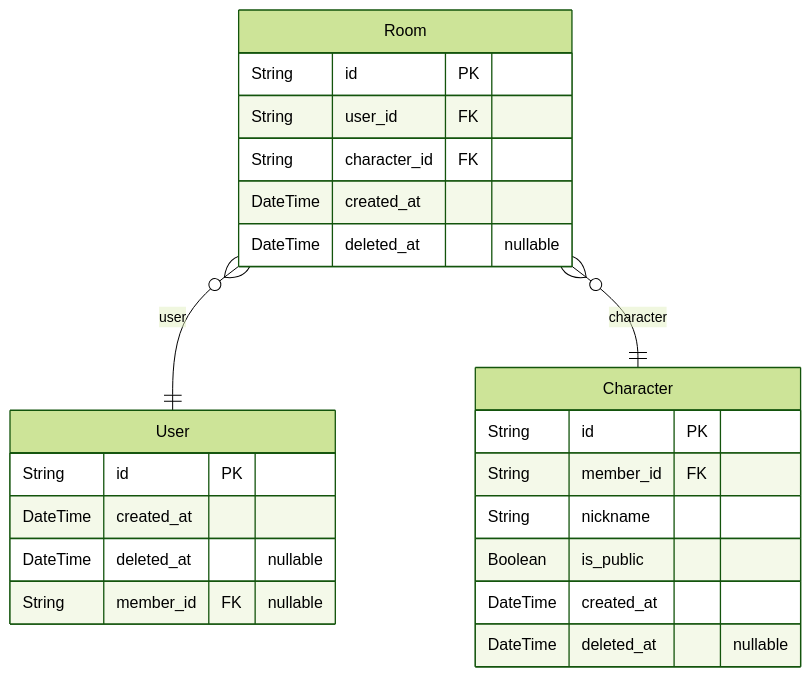
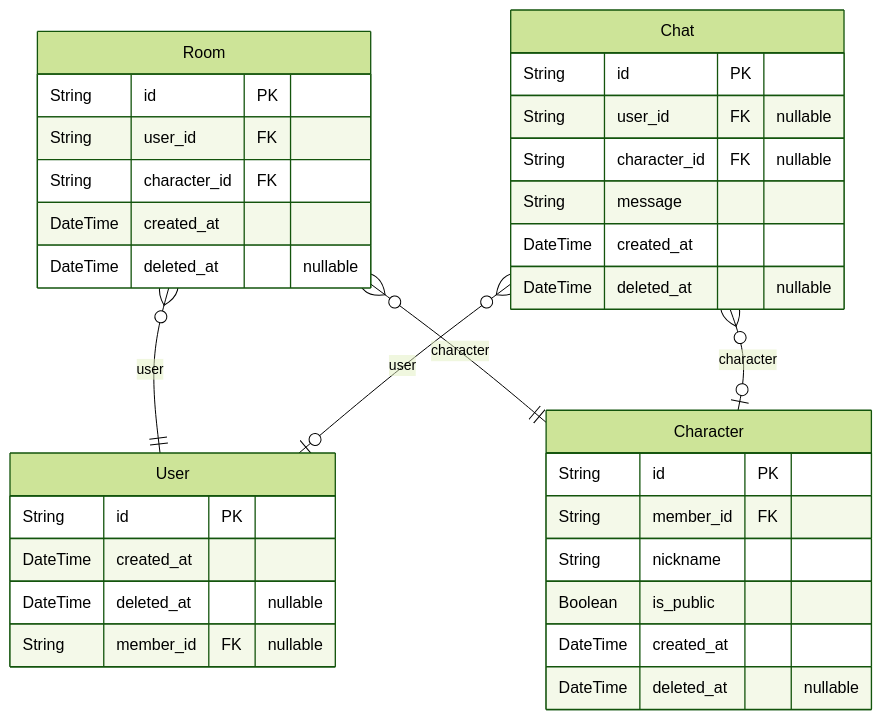
Before and after one commit to Resupath/backend: the second of 2 diagrams in prisma/ERD.md, drawn with Mermaid (forest theme). The commit also changed other lines of this file and 1 other file, not shown here.

Commit message:
feat: Chat(채팅내용) 스키마 정의 추가

````diff
--- a/prisma/ERD.md
+++ b/prisma/ERD.md
@@ -66,26 +66,36 @@
 ```mermaid
 erDiagram
 "Character" {
   String id PK
   String member_id FK
   String nickname
   Boolean is_public
   DateTime created_at
   DateTime deleted_at "nullable"
 }
 "Room" {
   String id PK
   String user_id FK
   String character_id FK
   DateTime created_at
   DateTime deleted_at "nullable"
 }
+"Chat" {
+  String id PK
+  String user_id FK "nullable"
+  String character_id FK "nullable"
+  String message
+  DateTime created_at
+  DateTime deleted_at "nullable"
+}
 "User" {
   String id PK
   DateTime created_at
   DateTime deleted_at "nullable"
   String member_id FK "nullable"
 }
 "Room" }o--|| "User" : user
 "Room" }o--|| "Character" : character
+"Chat" }o--o| "User" : user
+"Chat" }o--o| "Character" : character
 ```
````
